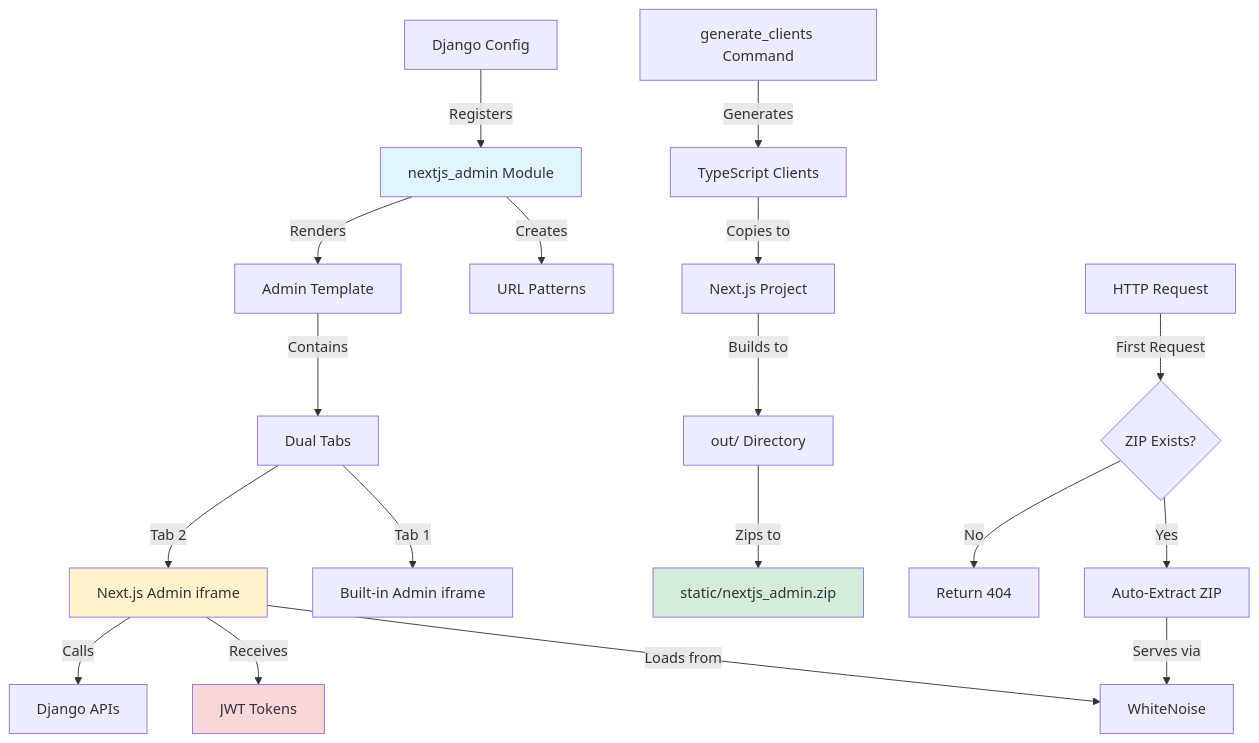
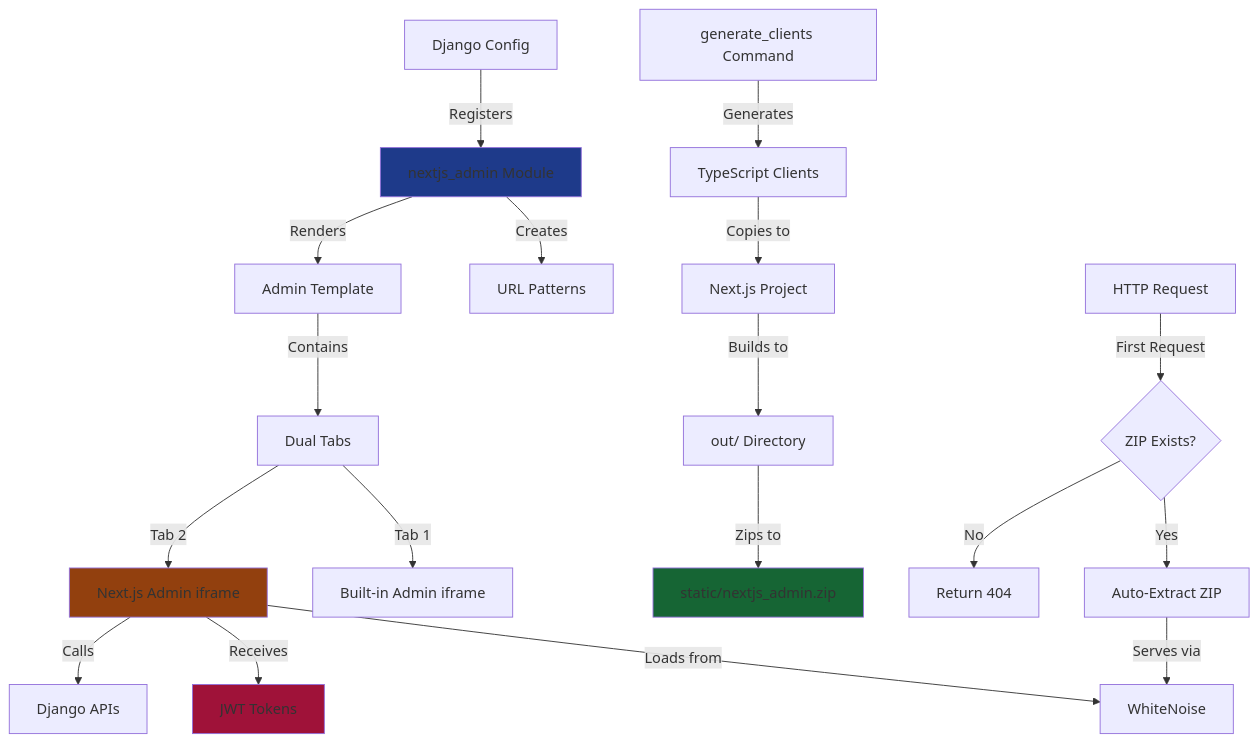
Before and after one commit to markolofsen/django-cfg: the first of 3 diagrams in docs/features/integrations/nextjs-admin/how-it-works.md, drawn with Mermaid. The commit also changed 12 other files, not shown here.

````diff
--- a/docs/features/integrations/nextjs-admin/how-it-works.md
+++ b/docs/features/integrations/nextjs-admin/how-it-works.md
@@ -20,28 +20,28 @@
 ```mermaid
 graph TB
     A[Django Config] -->|Registers| B[nextjs_admin Module]
     B -->|Creates| C[URL Patterns]
     B -->|Renders| D[Admin Template]
     D -->|Contains| E[Dual Tabs]
     E -->|Tab 1| F[Built-in Admin iframe]
     E -->|Tab 2| G[Next.js Admin iframe]
 
     H[generate_clients Command] -->|Generates| I[TypeScript Clients]
     I -->|Copies to| J[Next.js Project]
     J -->|Builds to| K[out/ Directory]
     K -->|Zips to| L[static/nextjs_admin.zip]
 
     M[HTTP Request] -->|First Request| N{ZIP Exists?}
     N -->|Yes| O[Auto-Extract ZIP]
     O -->|Serves via| P[WhiteNoise]
     N -->|No| Q[Return 404]
 
     G -->|Loads from| P
     G -->|Receives| R[JWT Tokens]
     G -->|Calls| S[Django APIs]
 
-    style B fill:#e1f5ff
-    style G fill:#fff3cd
-    style L fill:#d4edda
-    style R fill:#f8d7da
+    style B fill:#1e3a8a
+    style G fill:#92400e
+    style L fill:#166534
+    style R fill:#9f1239
 ```
````
